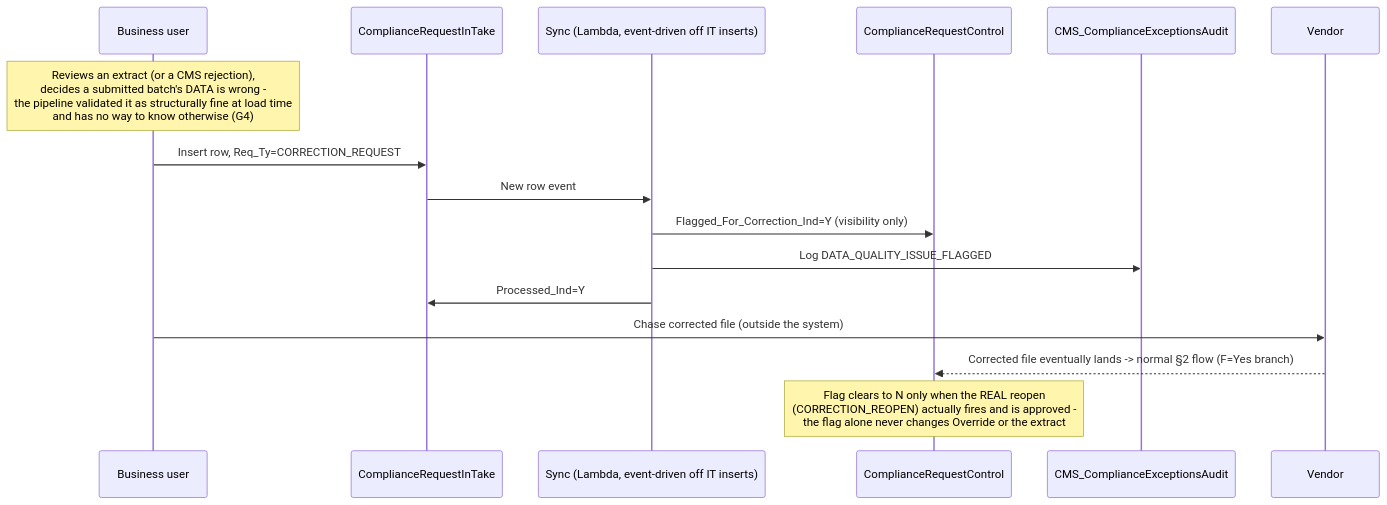
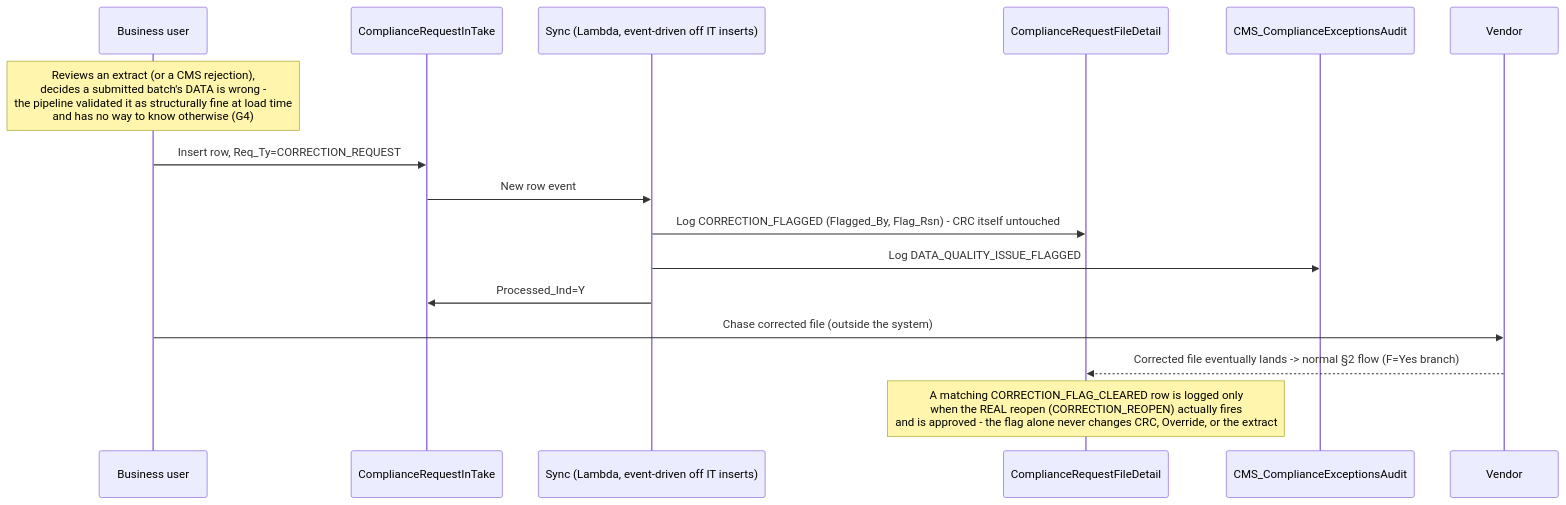
One commit to trinathgundavaram/framework changed the second of 4 diagrams in docs/design/orchestration-flow.md. Above: the diagram before and after it, drawn with Mermaid. The commit also changed other lines of this file and 3 other files, not shown here.

Commit message:
G5: slim CRC to decision-relevant columns only; move file-event detail (received/loaded/late/closed/flagged) into new append-only ComplianceRequestFileDetail, joined on Req_ID

````diff
--- a/docs/design/orchestration-flow.md
+++ b/docs/design/orchestration-flow.md
@@ -51,19 +54,19 @@
 ```mermaid
 sequenceDiagram
     participant BIZ as Business user
     participant IT as ComplianceRequestInTake
     participant SYNC as Sync (Lambda, event-driven off IT inserts)
-    participant CRC as ComplianceRequestControl
+    participant FD as ComplianceRequestFileDetail
     participant AUD as CMS_ComplianceExceptionsAudit
     participant VEND as Vendor
 
     Note over BIZ: Reviews an extract (or a CMS rejection),<br/>decides a submitted batch's DATA is wrong -<br/>the pipeline validated it as structurally fine at load time<br/>and has no way to know otherwise (G4)
     BIZ->>IT: Insert row, Req_Ty=CORRECTION_REQUEST
     IT->>SYNC: New row event
-    SYNC->>CRC: Flagged_For_Correction_Ind=Y (visibility only)
+    SYNC->>FD: Log CORRECTION_FLAGGED (Flagged_By, Flag_Rsn) - CRC itself untouched
     SYNC->>AUD: Log DATA_QUALITY_ISSUE_FLAGGED
     SYNC->>IT: Processed_Ind=Y
     BIZ->>VEND: Chase corrected file (outside the system)
-    VEND-->>CRC: Corrected file eventually lands -> normal §2 flow (F=Yes branch)
-    Note over CRC: Flag clears to N only when the REAL reopen<br/>(CORRECTION_REOPEN) actually fires and is approved -<br/>the flag alone never changes Override or the extract
+    VEND-->>FD: Corrected file eventually lands -> normal §2 flow (F=Yes branch)
+    Note over FD: A matching CORRECTION_FLAG_CLEARED row is logged only<br/>when the REAL reopen (CORRECTION_REOPEN) actually fires<br/>and is approved - the flag alone never changes CRC, Override, or the extract
 ```
````
